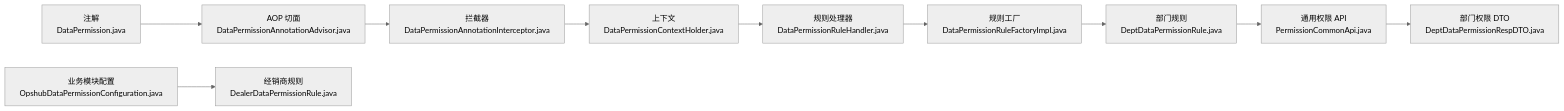
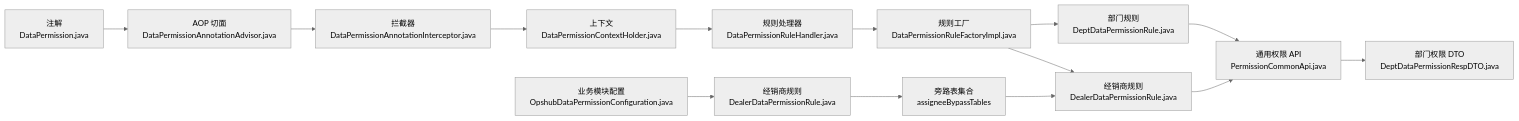
Before and after one commit to xiaoche80s-tech/rouyi-vue-pro: the fifth of 5 diagrams in .qoder/repowiki/zh/content/安全认证/数据权限.md, drawn with Mermaid (neutral theme). The commit also changed other lines of this file and 621 other files, not shown here.

````diff
--- a/.qoder/repowiki/zh/content/安全认证/数据权限.md
+++ b/.qoder/repowiki/zh/content/安全认证/数据权限.md
@@ -266,12 +311,16 @@
 ```mermaid
 graph LR
 DP["注解<br/>DataPermission.java"] --> ADV["AOP 切面<br/>DataPermissionAnnotationAdvisor.java"]
 ADV --> INT["拦截器<br/>DataPermissionAnnotationInterceptor.java"]
 INT --> CTX["上下文<br/>DataPermissionContextHolder.java"]
 CTX --> RH["规则处理器<br/>DataPermissionRuleHandler.java"]
 RH --> RF["规则工厂<br/>DataPermissionRuleFactoryImpl.java"]
 RF --> DR["部门规则<br/>DeptDataPermissionRule.java"]
+RF --> DLR["经销商规则<br/>DealerDataPermissionRule.java"]
 DR --> API["通用权限 API<br/>PermissionCommonApi.java"]
+DLR --> API
 API --> DTO["部门权限 DTO<br/>DeptDataPermissionRespDTO.java"]
 MOD["业务模块配置<br/>OpshubDataPermissionConfiguration.java"] --> DL["经销商规则<br/>DealerDataPermissionRule.java"]
+DL --> ABT["旁路表集合<br/>assigneeBypassTables"]
+ABT --> DLR
 ```
````
